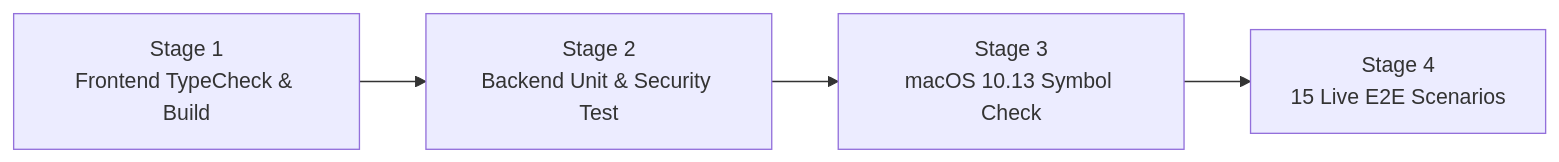
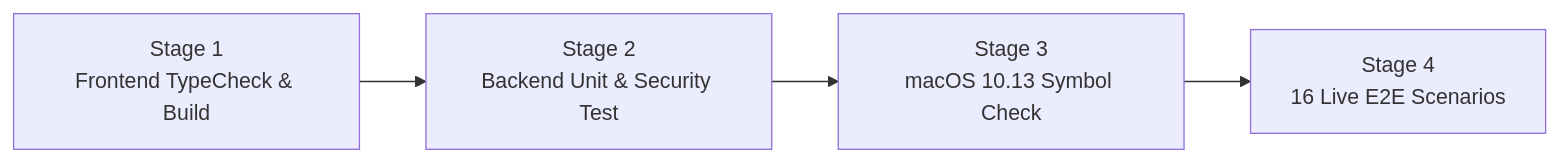
One commit to choonsik/mininas changed the diagram in docs/HARNESS_VERIFICATION_REPORT.md. Above: the diagram before and after it, drawn with Mermaid. The commit also changed other lines of this file and 3 other files, not shown here.

````diff
--- a/docs/HARNESS_VERIFICATION_REPORT.md
+++ b/docs/HARNESS_VERIFICATION_REPORT.md
@@ -73,6 +73,6 @@
 ```mermaid
 flowchart LR
     S1["Stage 1<br/>Frontend TypeCheck & Build"] --> S2["Stage 2<br/>Backend Unit & Security Test"]
     S2 --> S3["Stage 3<br/>macOS 10.13 Symbol Check"]
-    S3 --> S4["Stage 4<br/>15 Live E2E Scenarios"]
+    S3 --> S4["Stage 4<br/>16 Live E2E Scenarios"]
 ```
````
